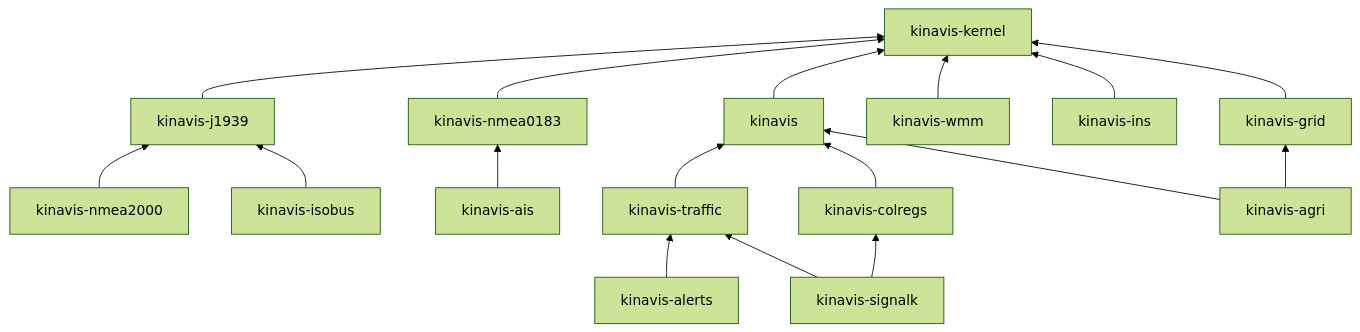
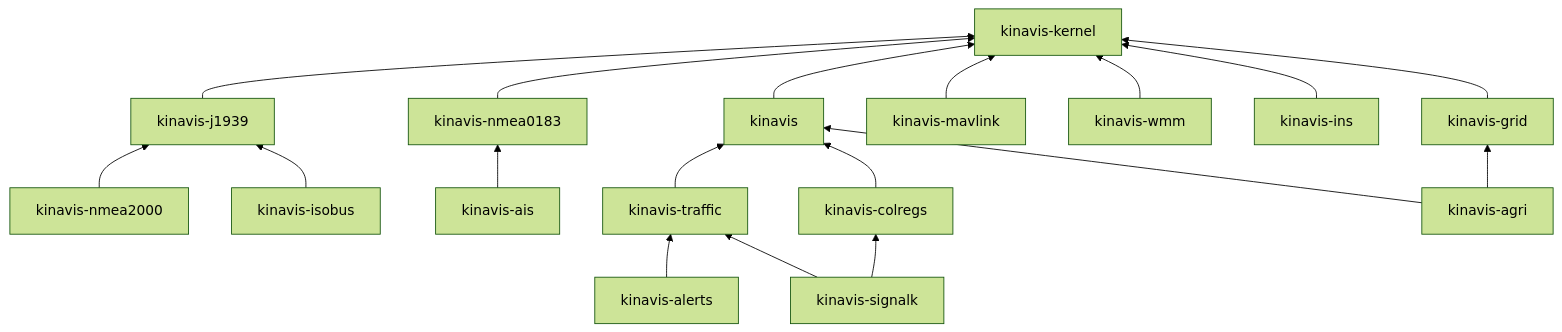
One commit to KINAVIS/kinavis changed the diagram in README.md. Above: the diagram before and after it, drawn with Mermaid (forest theme). The commit also changed other lines of this file and 35 other files, not shown here.

First line of the commit message:
feat(mavlink): kinavis-mavlink 0.1.0, frames, signatures and the messages of ArduPilot Rover (#26)

````diff
--- a/README.md
+++ b/README.md
@@ -71,20 +71,21 @@
 ```mermaid
 graph BT
     kernel[kinavis-kernel]
     kinavis --> kernel
     nmea0183[kinavis-nmea0183] --> kernel
     j1939[kinavis-j1939] --> kernel
     nmea2000[kinavis-nmea2000] --> j1939
     isobus[kinavis-isobus] --> j1939
+    mavlink[kinavis-mavlink] --> kernel
     wmm[kinavis-wmm] --> kernel
     ins[kinavis-ins] --> kernel
     ais[kinavis-ais] --> nmea0183
     traffic[kinavis-traffic] --> kinavis
     colregs[kinavis-colregs] --> kinavis
     grid[kinavis-grid] --> kernel
     agri[kinavis-agri] --> kinavis
     agri --> grid
     alerts[kinavis-alerts] --> traffic
     signalk[kinavis-signalk] --> traffic
     signalk --> colregs
 ```
````
